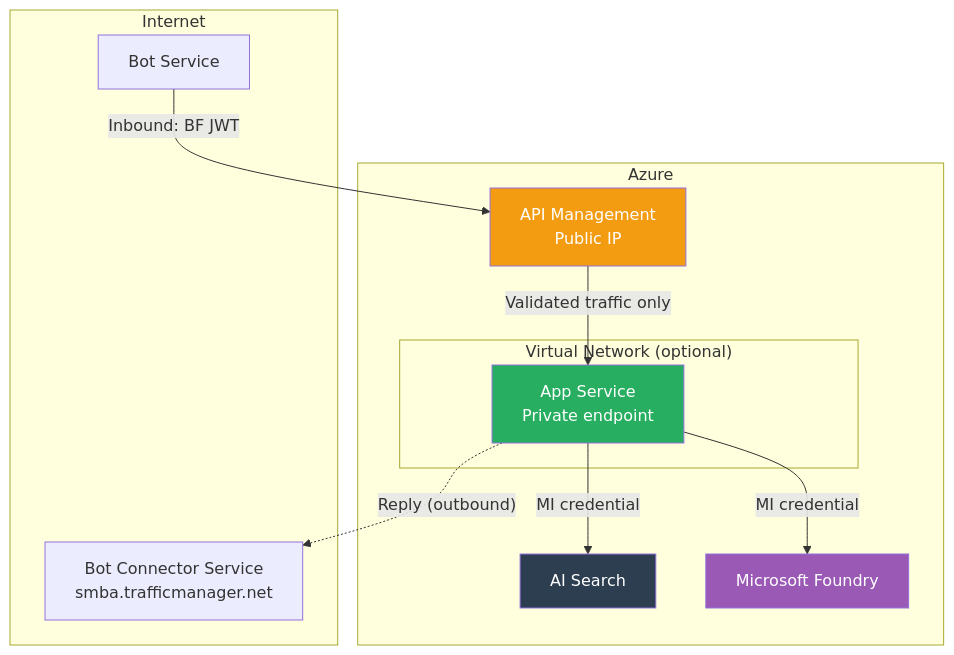
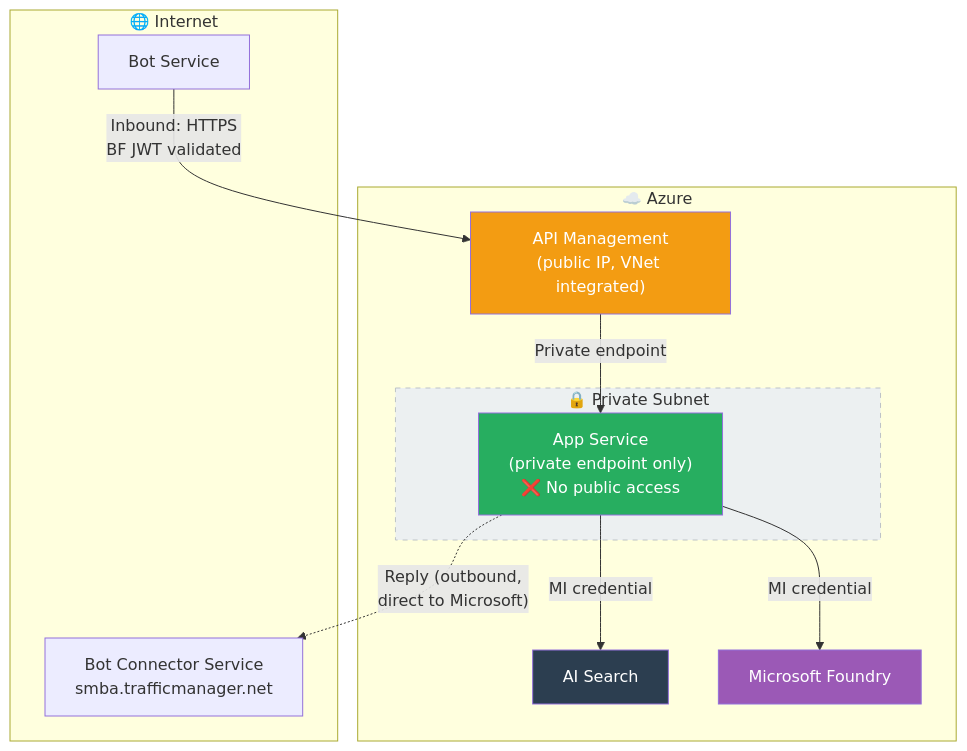
Before and after one commit to Azure-Samples/bring-your-own-agent-to-m365-accelerator: the third of 3 diagrams in docs/architecture.md, drawn with Mermaid. The commit also changed other lines of this file, not shown here.

First line of the commit message:
docs: detailed architecture diagrams with subgraphs, emojis, numbered steps

````diff
--- a/docs/architecture.md
+++ b/docs/architecture.md
@@ -199,27 +181,28 @@
 ```mermaid
 flowchart TB
-    subgraph INTERNET["Internet"]
+    subgraph INTERNET["🌐 Internet"]
         BotSvc["Bot Service"]
         BotConnector["Bot Connector Service<br/>smba.trafficmanager.net"]
     end
 
-    subgraph AZURE["Azure"]
-        APIM["API Management<br/>Public IP"]
-        subgraph VNET["Virtual Network (optional)"]
-            AppSvc["App Service<br/>Private endpoint"]
+    subgraph AZURE["☁️ Azure"]
+        APIM["API Management<br/>(public IP, VNet integrated)"]
+        subgraph PRIVATE_SUBNET["🔒 Private Subnet"]
+            AppSvc["App Service<br/>(private endpoint only)<br/>❌ No public access"]
         end
         Search["AI Search"]
         Foundry["Microsoft Foundry"]
     end
 
-    BotSvc -->|"Inbound: BF JWT"| APIM
-    APIM -->|"Validated traffic only"| AppSvc
+    BotSvc -->|"Inbound: HTTPS<br/>BF JWT validated"| APIM
+    APIM -->|"Private endpoint"| AppSvc
     AppSvc -->|"MI credential"| Search
     AppSvc -->|"MI credential"| Foundry
-    AppSvc -.->|"Reply (outbound)"| BotConnector
+    AppSvc -.->|"Reply (outbound,<br/>direct to Microsoft)"| BotConnector
 
     style APIM fill:#f39c12,color:#fff
     style AppSvc fill:#27ae60,color:#fff
+    style PRIVATE_SUBNET fill:#ecf0f1,stroke:#bdc3c7,stroke-dasharray:5 5
     style Search fill:#2c3e50,color:#fff
     style Foundry fill:#9b59b6,color:#fff
 ```
````
